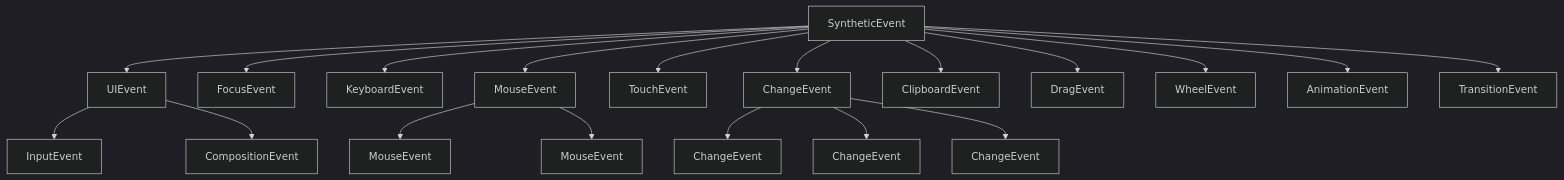
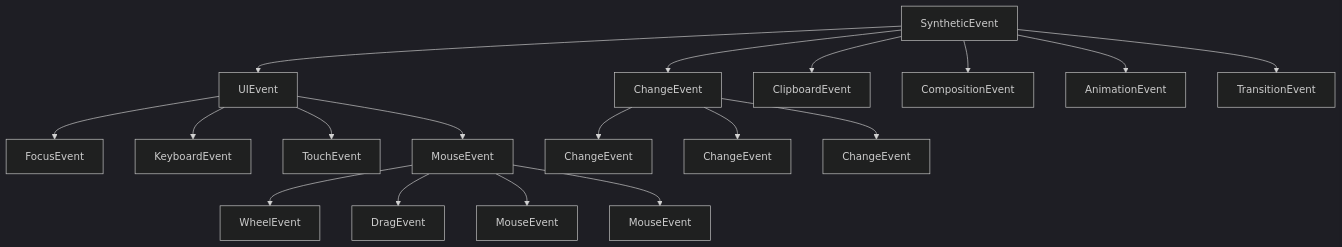
Before and after one commit to before80/prgms: the diagram in content/Ts/basic/Chapter-14-React-TypeScript-practical-guide.md, drawn with Mermaid (dark theme). The commit also changed other lines of this file and 81 other files, not shown here.

````diff
--- a/content/Ts/basic/Chapter-14-React-TypeScript-practical-guide.md
+++ b/content/Ts/basic/Chapter-14-React-TypeScript-practical-guide.md
@@ -647,23 +653,24 @@
 ```mermaid
 flowchart TD
     A["SyntheticEvent"] --> B["UIEvent"]
-    A --> C["FocusEvent"]
-    A --> D["KeyboardEvent"]
-    A --> E["MouseEvent"]
-    A --> F["TouchEvent"]
-    A --> G["ChangeEvent"]
-    A --> H["ClipboardEvent"]
-    A --> I["DragEvent"]
-    A --> J["WheelEvent"]
-    A --> K["AnimationEvent"]
-    A --> L["TransitionEvent"]
+    A --> C["ChangeEvent"]
+    A --> D["ClipboardEvent"]
+    A --> E["CompositionEvent"]
+    A --> F["AnimationEvent"]
+    A --> G["TransitionEvent"]
 
-    B --> M["InputEvent"]
-    B --> N["CompositionEvent"]
+    B --> H["FocusEvent"]
+    B --> I["KeyboardEvent"]
+    B --> J["TouchEvent"]
+    B --> K["MouseEvent"]
 
-    E --> O["MouseEvent<HTMLDivElement>"]
-    E --> P["MouseEvent<HTMLButtonElement>"]
-    G --> Q["ChangeEvent<HTMLInputElement>"]
-    G --> R["ChangeEvent<HTMLTextAreaElement>"]
-    G --> S["ChangeEvent<HTMLSelectElement>"]
+    K --> L["WheelEvent"]
+    K --> M["DragEvent"]
+
+    C --> N["ChangeEvent<HTMLInputElement>"]
+    C --> O["ChangeEvent<HTMLTextAreaElement>"]
+    C --> P["ChangeEvent<HTMLSelectElement>"]
+
+    K --> Q["MouseEvent<HTMLButtonElement>"]
+    K --> R["MouseEvent<HTMLDivElement>"]
 ```
````
